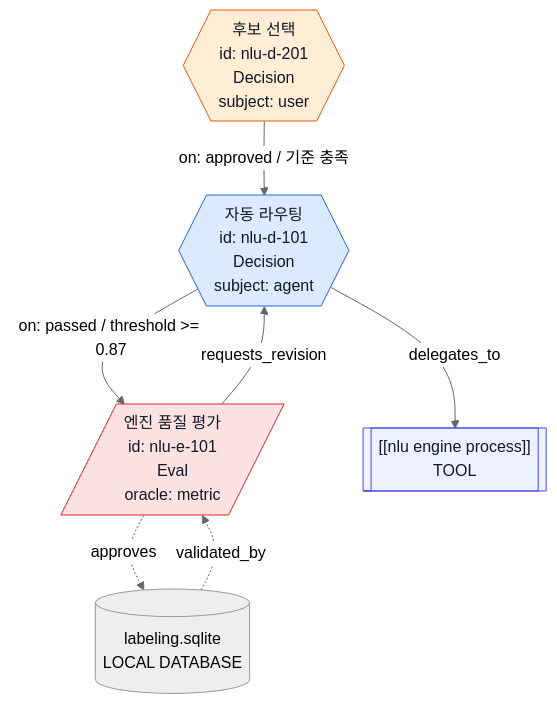
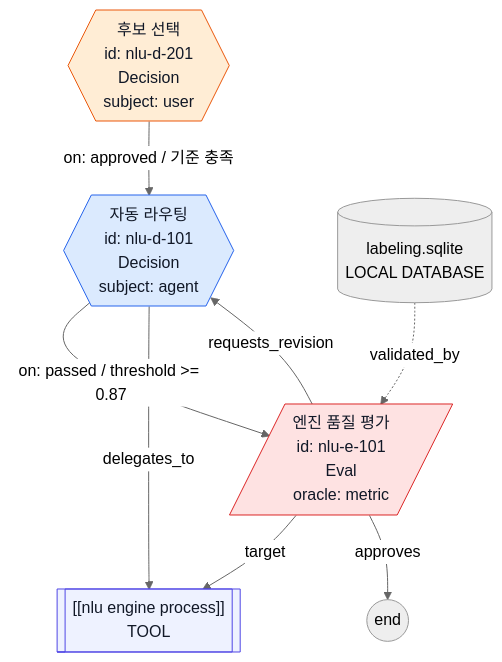
One commit to WMJOON/multi-swarm-orchestrator changed the diagram in skills/mso-workflow-design/references/gate-levels.md. Above: the diagram before and after it, drawn with Mermaid (neutral theme). The commit also changed other lines of this file and 13 other files, not shown here.

Commit message:
fix: refine eval graph semantics and feedback pattern

````diff
--- a/skills/mso-workflow-design/references/gate-levels.md
+++ b/skills/mso-workflow-design/references/gate-levels.md
@@ -79,21 +81,22 @@
 ```mermaid
 flowchart TD
     A{{"후보 선택<br>id: nlu-d-201<br>Decision<br>subject: user"}}:::decision
     B{{"자동 라우팅<br>id: nlu-d-101<br>Decision<br>subject: agent"}}:::decision
     C[/"엔진 품질 평가<br>id: nlu-e-101<br>Eval<br>oracle: metric"/]:::eval
     T[["[[nlu engine process]]<br>TOOL"]]:::tool
     D[("labeling.sqlite<br>LOCAL DATABASE")]
 
     A -->|on: approved / 기준 충족| B
     B -->|on: passed / threshold >= 0.87| C
+    C -->|target| T
     D -.->|validated_by| C
     C -->|requests_revision| B
-    C -.->|approves| D
+    C -->|approves| E((end))
     B -->|delegates_to| T
 
     classDef decision fill:#f3f4f6,stroke:#6b7280,color:#111827
     classDef eval fill:#fee2e2,stroke:#dc2626,color:#111827
     classDef tool fill:#eef2ff,stroke:#4f46e5,color:#111827
     style A fill:#ffedd5,stroke:#ea580c,color:#111827
     style B fill:#dbeafe,stroke:#2563eb,color:#111827
 ```
````
